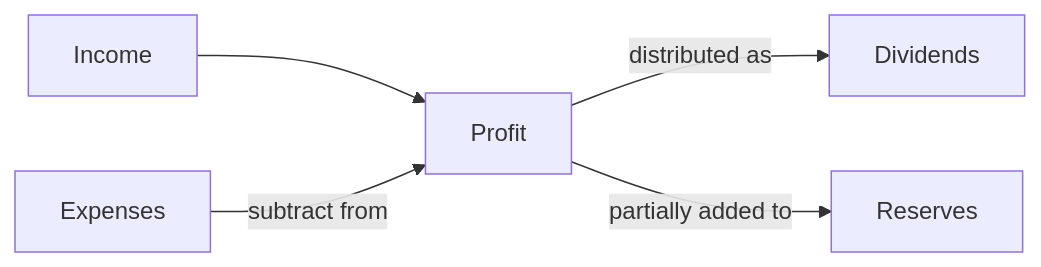
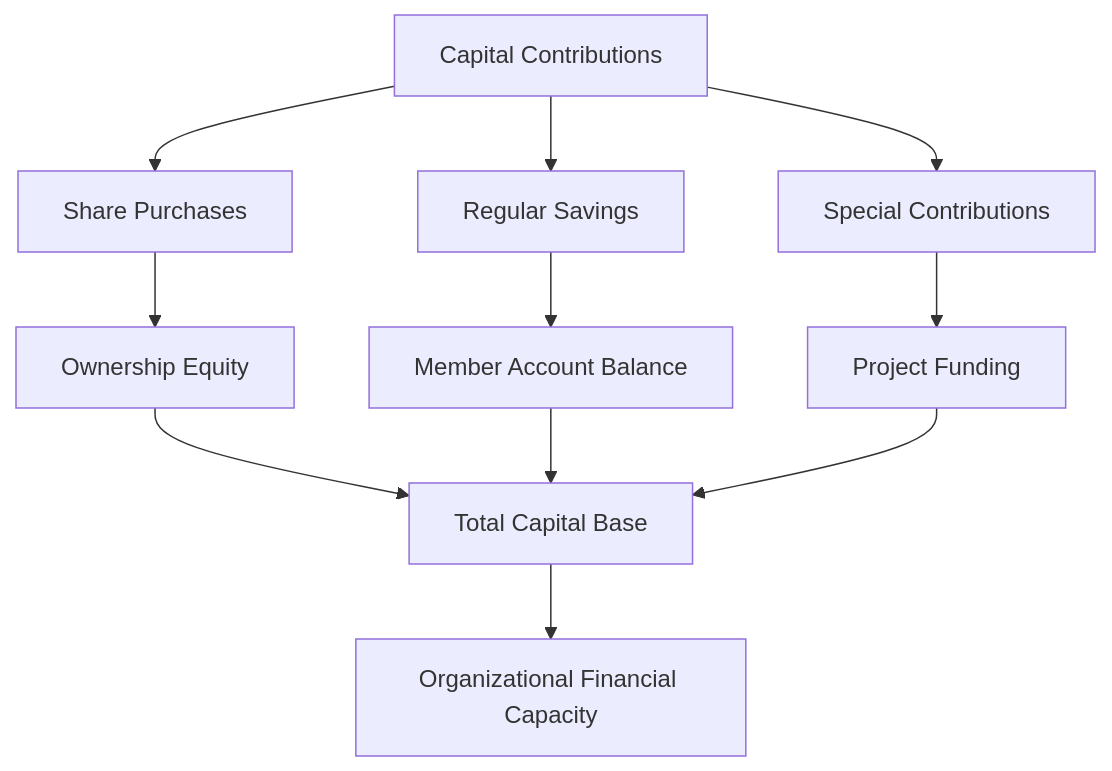
Before and after one commit to Sachin-Bandaranayaka/sahana-new: the third of 13 diagrams in financial-org-app/docs/financial-logic.md, drawn with Mermaid. The commit also changed other lines of this file and 2 other files, not shown here.

Commit message:
Update financial logic documentation with comprehensive system details, enhanced diagrams, and improved calculation examples

````diff
--- a/financial-org-app/docs/financial-logic.md
+++ b/financial-org-app/docs/financial-logic.md
@@ -47,7 +58,13 @@
 ```mermaid
-graph LR
-    A[Income] --> C[Profit]
-    B[Expenses] -->|subtract from| C
-    C -->|distributed as| D[Dividends]
-    C -->|partially added to| E[Reserves]
+graph TD
+    A[Capital Contributions] --> B[Share Purchases]
+    A --> C[Regular Savings]
+    A --> D[Special Contributions]
+    B --> E[Ownership Equity]
+    C --> F[Member Account Balance]
+    D --> G[Project Funding]
+    E --> H[Total Capital Base]
+    F --> H
+    G --> H
+    H --> I[Organizational Financial Capacity]
 ```
````
